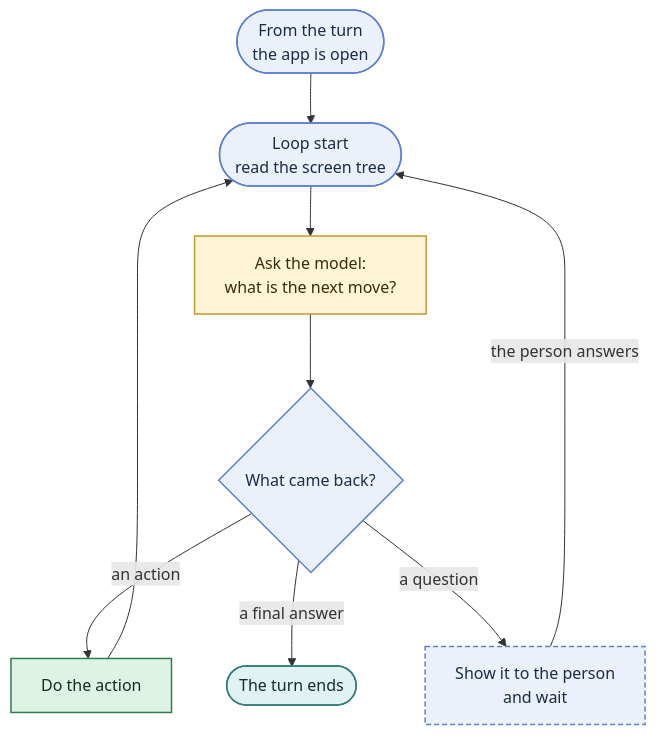
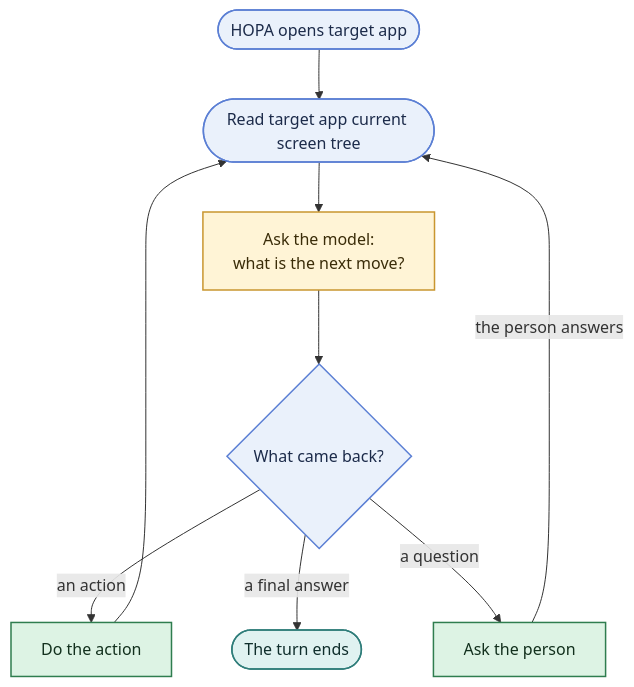
One commit to agents-demo/hopa changed the second of 3 diagrams in docs/design/architecture/turn-flow.md. Above: the diagram before and after it, drawn with Mermaid. The commit also changed other lines of this file and 11 other files, not shown here.

First line of the commit message:
docs(architecture): manager pictures for the turn, loop, paths, actions, tree

````diff
--- a/docs/design/architecture/turn-flow.md
+++ b/docs/design/architecture/turn-flow.md
@@ -54,22 +51,22 @@
 ```mermaid
 flowchart TD
-  IN(["From the turn<br/>the app is open"]) --> S(["Loop start<br/>read the screen tree"])
+  IN(["HOPA opens target app"]) --> S(["Read target app current screen tree"])
   S --> ASK["Ask the model:<br/>what is the next move?"]
   ASK --> R{"What came back?"}
   ACT["Do the action"]:::execute
   ACT --> S
   R -->|"an action"| ACT
   R -->|"a final answer"| END(["The turn ends"]):::answer
-  R -->|"a question"| Q["Show it to the person<br/>and wait"]:::question
+  R -->|"a question"| Q["Ask the person"]:::execute
   Q -->|"the person answers"| S
 
   classDef io fill:#EAF1FB,stroke:#5B7FD4,color:#1C2B4A,stroke-width:1.5px
   classDef model fill:#FFF4D6,stroke:#C9962F,color:#3A2C08,stroke-width:1.5px
   classDef execute fill:#DDF3E4,stroke:#2F7D4F,color:#12301D,stroke-width:1.5px
   classDef answer fill:#E0F2F1,stroke:#2F7D7A,color:#0F2E2C,stroke-width:1.5px
   classDef question fill:#EAF1FB,stroke:#5B7FD4,color:#1C2B4A,stroke-width:1.5px,stroke-dasharray:5 3
 
   class IN,S io
   class ASK model
   class R io
 ```
````
